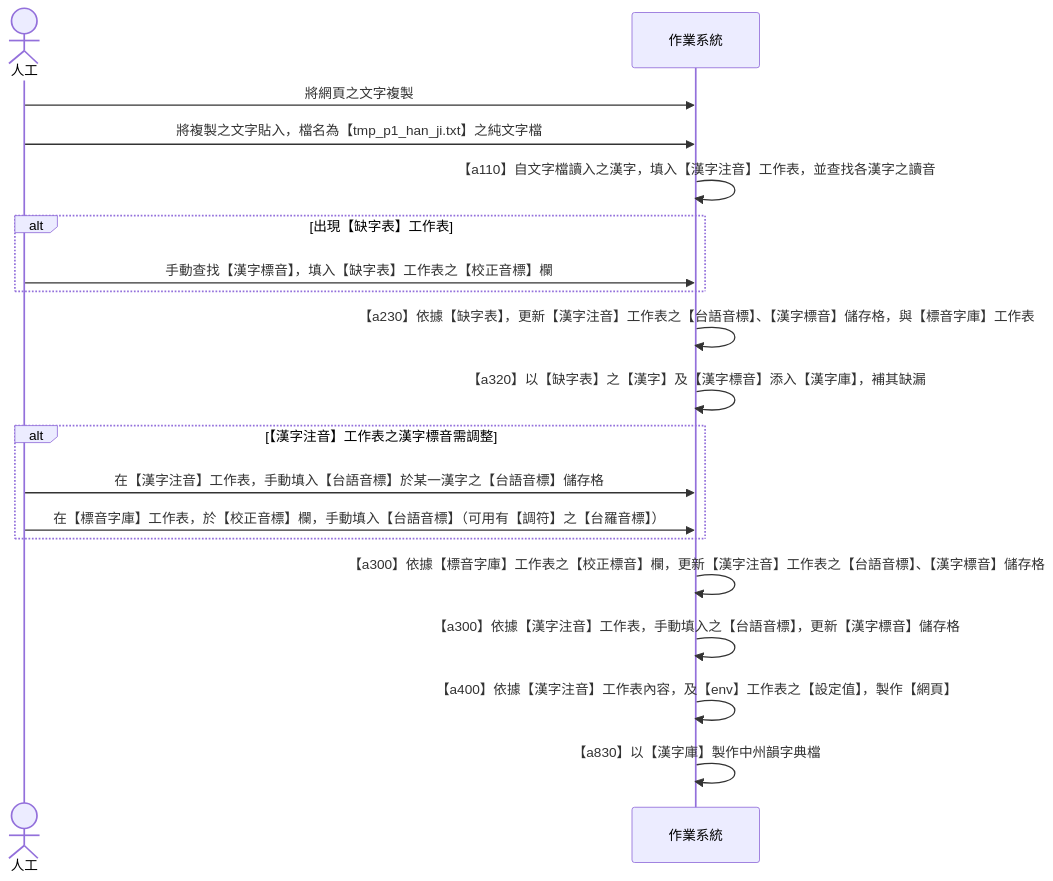
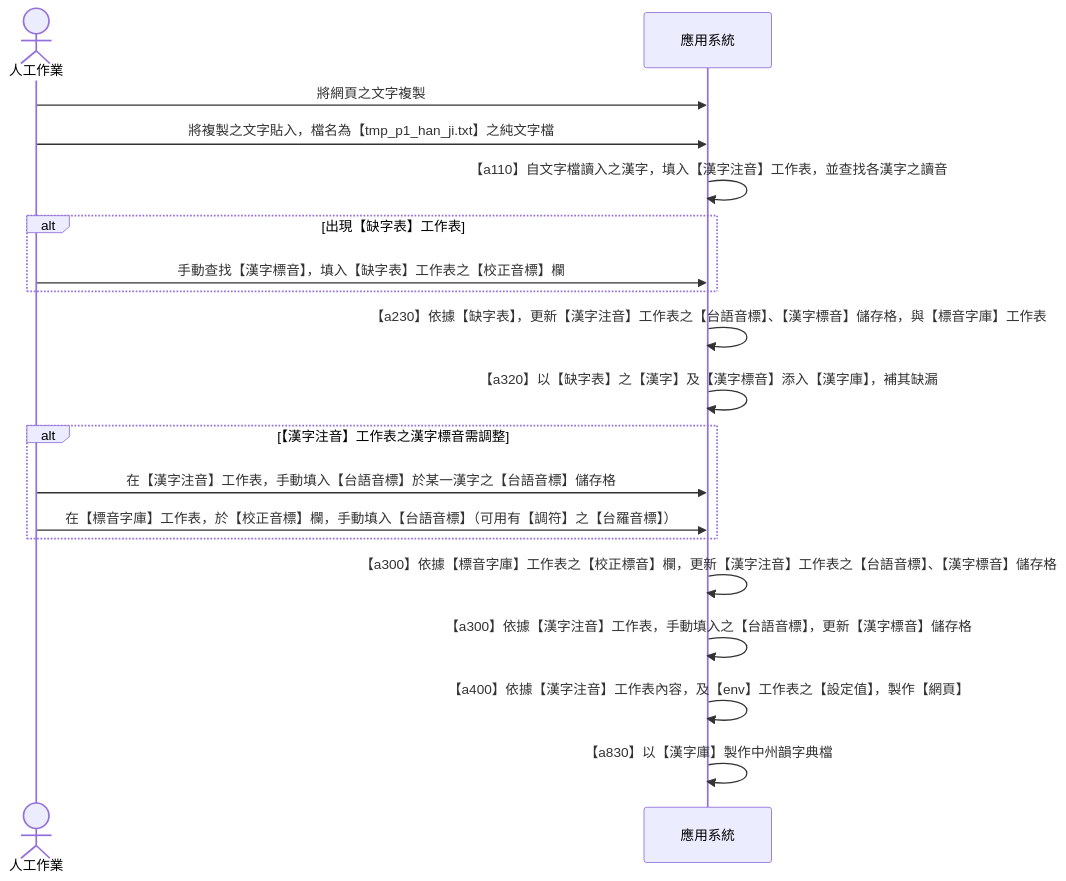
The third of 3 diagrams in Documents/URS-000A_使用文字檔為漢字標音【Mermaid】.md (AlanJui/Piau-Im), drawn with Mermaid before and after one commit. The commit also changed other lines of this file, not shown here.

Commit message:
加入【活動圖】，將作業中的各項工作，分泳道表達。

````diff
--- a/Documents/URS-000A_使用文字檔為漢字標音【Mermaid】.md
+++ b/Documents/URS-000A_使用文字檔為漢字標音【Mermaid】.md
@@ -28,26 +68,26 @@
 ```mermaid
 sequenceDiagram
-    actor 人工
-    participant 作業系統
+    actor 人工作業
+    participant 應用系統
 
-    人工 ->> 作業系統: 將網頁之文字複製
-    人工 ->> 作業系統: 將複製之文字貼入，檔名為【tmp_p1_han_ji.txt】之純文字檔
-    作業系統 ->> 作業系統: 【a110】自文字檔讀入之漢字，填入【漢字注音】工作表，並查找各漢字之讀音
+    人工作業 ->> 應用系統: 將網頁之文字複製
+    人工作業 ->> 應用系統: 將複製之文字貼入，檔名為【tmp_p1_han_ji.txt】之純文字檔
+    應用系統 ->> 應用系統: 【a110】自文字檔讀入之漢字，填入【漢字注音】工作表，並查找各漢字之讀音
 
     alt 出現【缺字表】工作表
-        人工 ->> 作業系統: 手動查找【漢字標音】，填入【缺字表】工作表之【校正音標】欄
+        人工作業 ->> 應用系統: 手動查找【漢字標音】，填入【缺字表】工作表之【校正音標】欄
     end
 
-    作業系統 ->> 作業系統: 【a230】依據【缺字表】，更新【漢字注音】工作表之【台語音標】、【漢字標音】儲存格，與【標音字庫】工作表
-    作業系統 ->> 作業系統: 【a320】以【缺字表】之【漢字】及【漢字標音】添入【漢字庫】，補其缺漏
+    應用系統 ->> 應用系統: 【a230】依據【缺字表】，更新【漢字注音】工作表之【台語音標】、【漢字標音】儲存格，與【標音字庫】工作表
+    應用系統 ->> 應用系統: 【a320】以【缺字表】之【漢字】及【漢字標音】添入【漢字庫】，補其缺漏
 
     alt 【漢字注音】工作表之漢字標音需調整
-        人工 ->> 作業系統: 在【漢字注音】工作表，手動填入【台語音標】於某一漢字之【台語音標】儲存格
-        人工 ->> 作業系統: 在【標音字庫】工作表，於【校正音標】欄，手動填入【台語音標】（可用有【調符】之【台羅音標】）
+        人工作業 ->> 應用系統: 在【漢字注音】工作表，手動填入【台語音標】於某一漢字之【台語音標】儲存格
+        人工作業 ->> 應用系統: 在【標音字庫】工作表，於【校正音標】欄，手動填入【台語音標】（可用有【調符】之【台羅音標】）
     end
 
-    作業系統 ->> 作業系統: 【a300】依據【標音字庫】工作表之【校正標音】欄，更新【漢字注音】工作表之【台語音標】、【漢字標音】儲存格
-    作業系統 ->> 作業系統: 【a300】依據【漢字注音】工作表，手動填入之【台語音標】，更新【漢字標音】儲存格
-    作業系統 ->> 作業系統: 【a400】依據【漢字注音】工作表內容，及【env】工作表之【設定值】，製作【網頁】
-    作業系統 ->> 作業系統: 【a830】以【漢字庫】製作中州韻字典檔
+    應用系統 ->> 應用系統: 【a300】依據【標音字庫】工作表之【校正標音】欄，更新【漢字注音】工作表之【台語音標】、【漢字標音】儲存格
+    應用系統 ->> 應用系統: 【a300】依據【漢字注音】工作表，手動填入之【台語音標】，更新【漢字標音】儲存格
+    應用系統 ->> 應用系統: 【a400】依據【漢字注音】工作表內容，及【env】工作表之【設定值】，製作【網頁】
+    應用系統 ->> 應用系統: 【a830】以【漢字庫】製作中州韻字典檔
 ```
````
